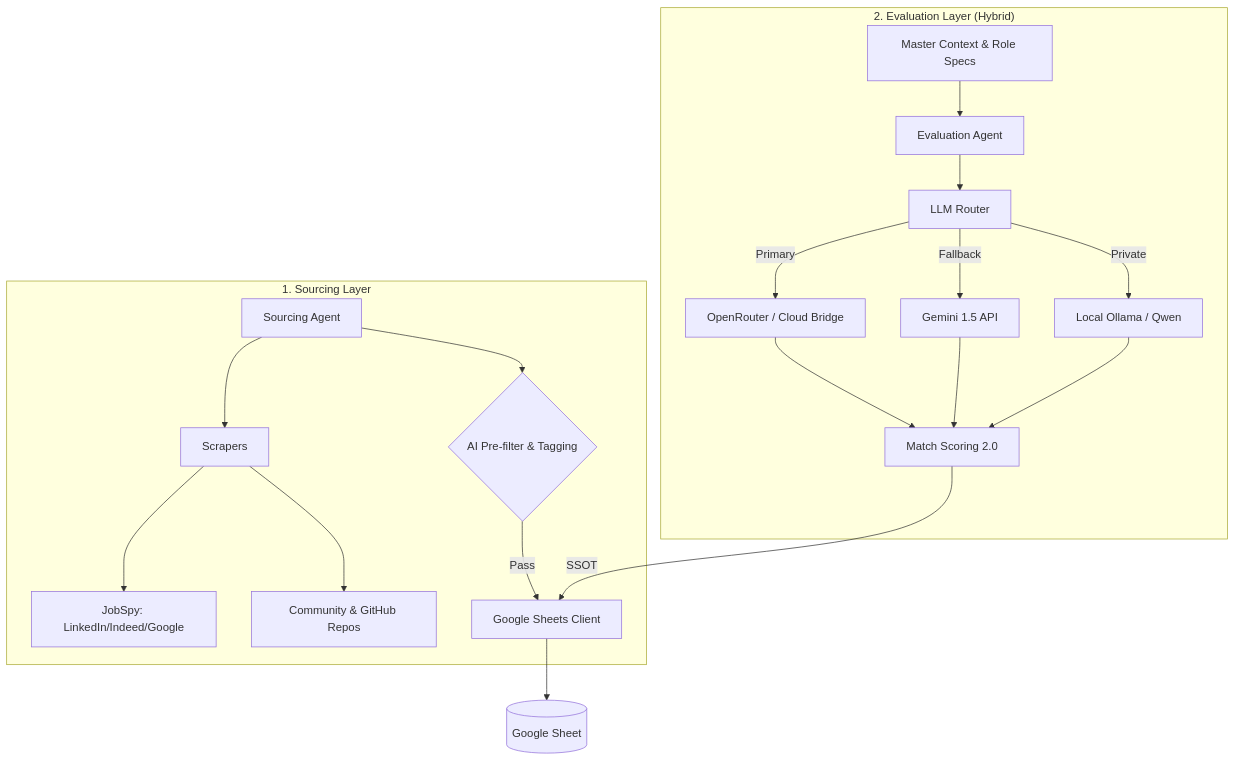
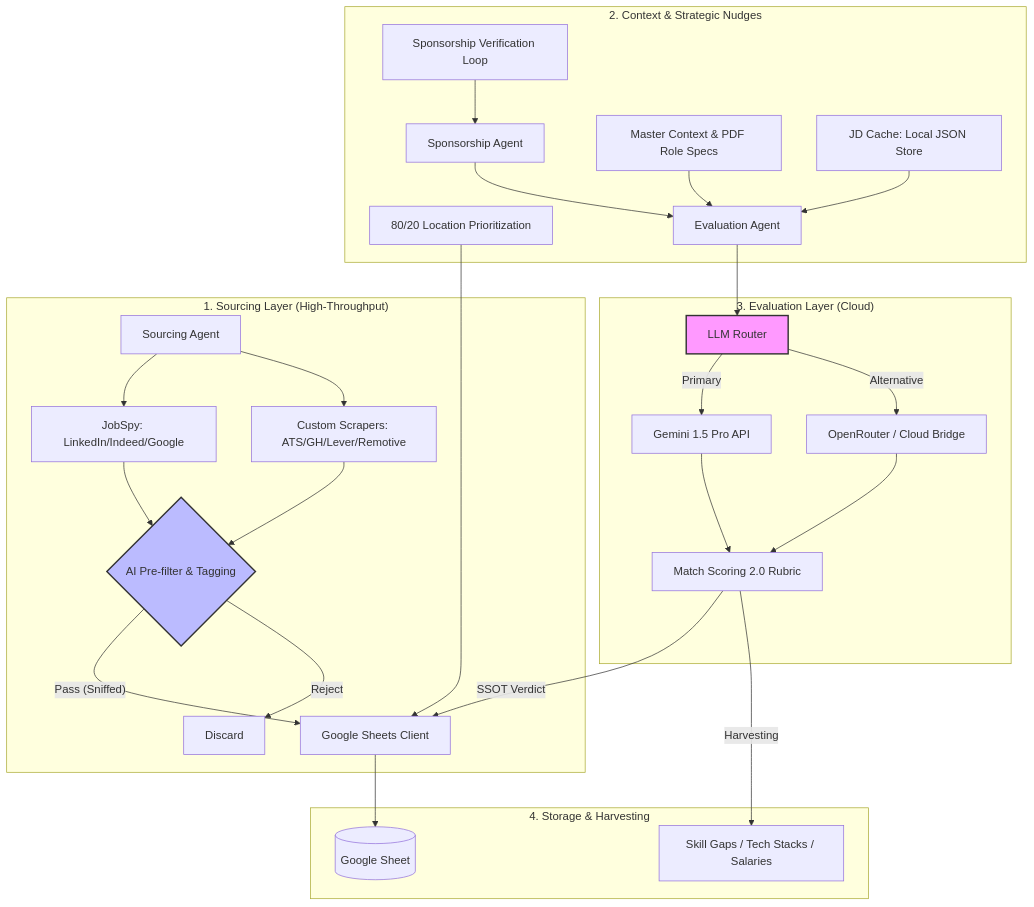
The diagram in README.md (nagarajaabhishek/jobs), drawn with Mermaid before and after one commit. The commit also changed other lines of this file and 117 other files, not shown here.

Commit message:
feat: updated jobs automation architecture on b2c page

````diff
--- a/README.md
+++ b/README.md
@@ -6,24 +6,34 @@
 ```mermaid
 graph TD
-    subgraph Sourcing ["1. Sourcing Layer"]
-        A[Sourcing Agent] --> B[Scrapers]
-        B --> C[JobSpy: LinkedIn/Indeed/Google]
-        B --> D[Community & GitHub Repos]
-        A --> E{AI Pre-filter & Tagging}
-        E -- Pass --> F[Google Sheets Client]
+    subgraph Sourcing ["1. Sourcing Layer (High-Throughput)"]
+        A[Sourcing Agent] --> B[JobSpy: LinkedIn/Indeed/Google]
+        A --> C[Custom Scrapers: ATS/GH/Lever/Remotive]
+        B & C --> D{AI Pre-filter & Tagging}
+        D -- "Pass (Sniffed)" --> E[Google Sheets Client]
+        D -- Reject --> F[Discard]
     end
 
-    subgraph Evaluation ["2. Evaluation Layer (Hybrid)"]
-        G[Evaluation Agent] --> H[LLM Router]
-        H -- Primary --> I[OpenRouter / Cloud Bridge]
-        H -- Fallback --> J[Gemini 1.5 API]
-        H -- Private --> K[Local Ollama / Qwen]
-        I --> L[Match Scoring 2.0]
-        J --> L
-        K --> L
-        M[Master Context & Role Specs] --> G
+    subgraph Intelligence ["2. Context & Strategic Nudges"]
+        H[80/20 Location Prioritization] --> E
+        I[Sponsorship Verification Loop] --> J
+        K[Master Context & PDF Role Specs] --> G
+        L[JD Cache: Local JSON Store] --> G
     end
 
-    F --> N[(Google Sheet)]
-    L -- SSOT --> F
+    subgraph Logic ["3. Evaluation Layer (Cloud)"]
+        G[Evaluation Agent] --> M[LLM Router]
+        M -- Primary --> N[Gemini 1.5 Pro API]
+        M -- Alternative --> O[OpenRouter / Cloud Bridge]
+        N & O --> Q[Match Scoring 2.0 Rubric]
+        J[Sponsorship Agent] --> G
+    end
+
+    subgraph Data ["4. Storage & Harvesting"]
+        E --> R[(Google Sheet)]
+        Q -- SSOT Verdict --> E
+        Q -- Harvesting --> S[Skill Gaps / Tech Stacks / Salaries]
+    end
+
+    style M fill:#f9f,stroke:#333,stroke-width:2px
+    style D fill:#bbf,stroke:#333,stroke-width:2px
 ```
````
